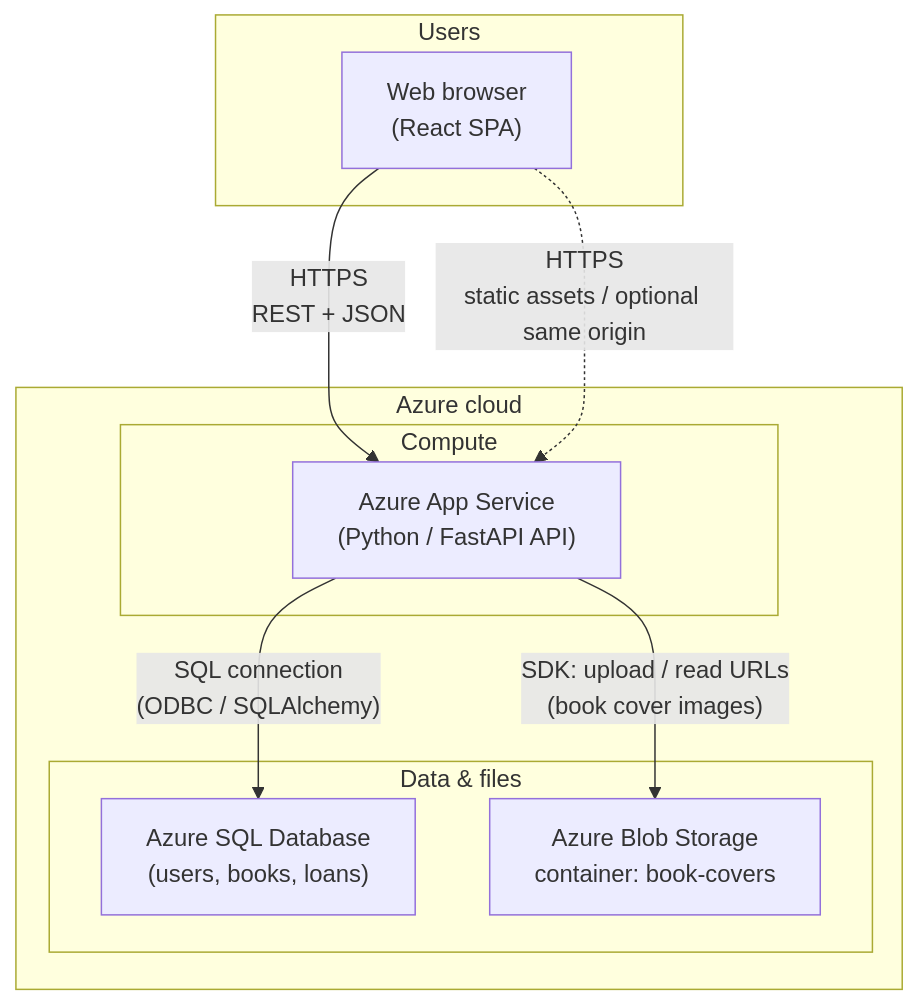
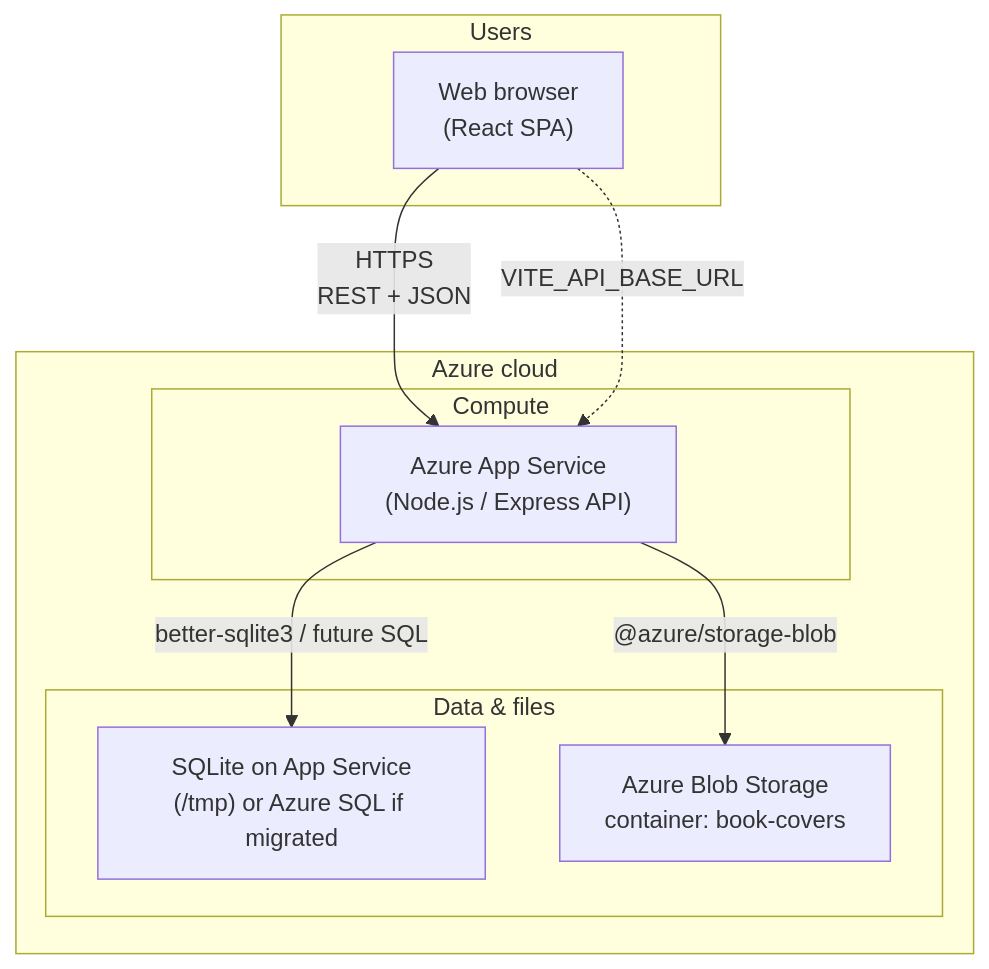
Before and after one commit to balvindersingh07/Online-Library-Management-System: the diagram in docs/ARCHITECTURE.md, drawn with Mermaid. The commit also changed other lines of this file and 47 other files, not shown here.

First line of the commit message:
refactor: replace Python FastAPI backend with Node.js Express API

````diff
--- a/docs/ARCHITECTURE.md
+++ b/docs/ARCHITECTURE.md
@@ -7,22 +5,22 @@
 ```mermaid
 flowchart TB
     subgraph Users["Users"]
         Browser["Web browser\n(React SPA)"]
     end
 
     subgraph Azure["Azure cloud"]
         subgraph Compute["Compute"]
-            AppService["Azure App Service\n(Python / FastAPI API)"]
+            AppService["Azure App Service\n(Node.js / Express API)"]
         end
 
         subgraph Data["Data & files"]
-            SQL["Azure SQL Database\n(users, books, loans)"]
+            SQL["SQLite on App Service\n(/tmp) or Azure SQL if migrated"]
             Blob["Azure Blob Storage\ncontainer: book-covers"]
         end
     end
 
     Browser -->|"HTTPS\nREST + JSON"| AppService
-    AppService -->|"SQL connection\n(ODBC / SQLAlchemy)"| SQL
-    AppService -->|"SDK: upload / read URLs\n(book cover images)"| Blob
-    Browser -.->|"HTTPS\nstatic assets / optional same origin"| AppService
+    AppService -->|"better-sqlite3 / future SQL"| SQL
+    AppService -->|"@azure/storage-blob"| Blob
+    Browser -.->|"VITE_API_BASE_URL"| AppService
 ```
````
